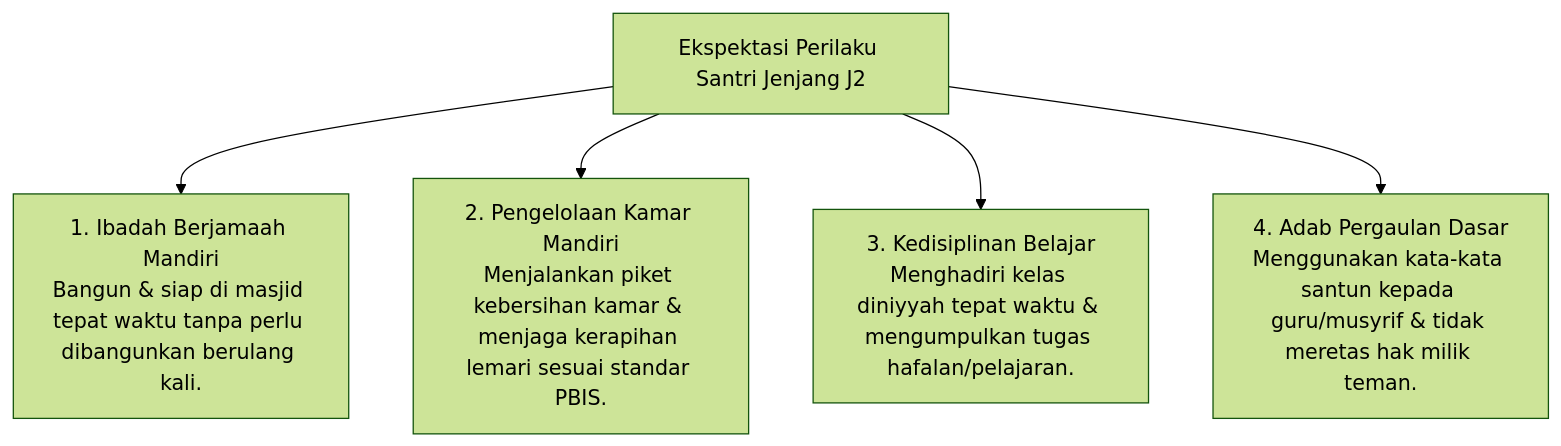
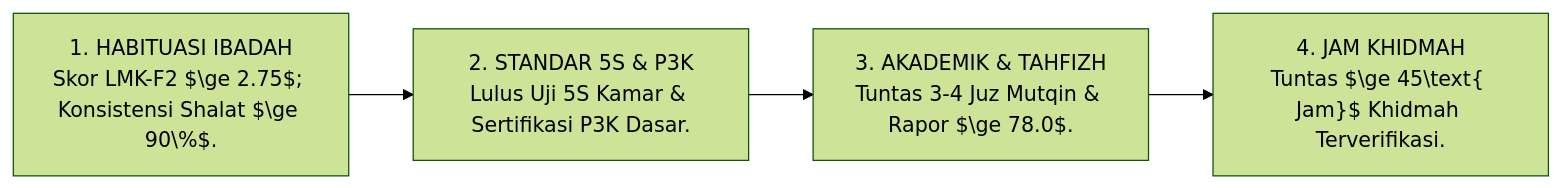
The seventh of 7 diagrams in 04 Progression Framework/02 Development Levels/P4-02-02-Jenjang-J2-Habituasi-Dasar.md (wandiapriliyandi/tumbuh), drawn with Mermaid (forest theme) before and after one commit. The commit also changed other lines of this file and 7 other files, not shown here.

````diff
--- a/04 Progression Framework/02 Development Levels/P4-02-02-Jenjang-J2-Habituasi-Dasar.md
+++ b/04 Progression Framework/02 Development Levels/P4-02-02-Jenjang-J2-Habituasi-Dasar.md
@@ -20,8 +195,7 @@
 ```mermaid
-graph TD
-    T2_Expect["Ekspektasi Perilaku Santri Jenjang J2"]
-    T2_Expect --> Worship2["1. Ibadah Berjamaah Mandiri<br/>Bangun & siap di masjid tepat waktu tanpa perlu dibangunkan berulang kali."]
-    T2_Expect --> Room2["2. Pengelolaan Kamar Mandiri<br/>Menjalankan piket kebersihan kamar & menjaga kerapihan lemari sesuai standar PBIS."]
-    T2_Expect --> Acad2["3. Kedisiplinan Belajar<br/>Menghadiri kelas diniyyah tepat waktu & mengumpulkan tugas hafalan/pelajaran."]
-    T2_Expect --> Social2["4. Adab Pergaulan Dasar<br/>Menggunakan kata-kata santun kepada guru/musyrif & tidak meretas hak milik teman."]
+flowchart LR
+    G1["1. HABITUASI IBADAH<br/>Skor LMK-F2 $\ge 2.75$; Konsistensi Shalat $\ge 90\%$."]
+    --> G2["2. STANDAR 5S & P3K<br/>Lulus Uji 5S Kamar & Sertifikasi P3K Dasar."]
+    --> G3["3. AKADEMIK & TAHFIZH<br/>Tuntas 3-4 Juz Mutqin & Rapor $\ge 78.0$."]
+    --> G4["4. JAM KHIDMAH<br/>Tuntas $\ge 45\text{ Jam}$ Khidmah Terverifikasi."]
 ```
````
